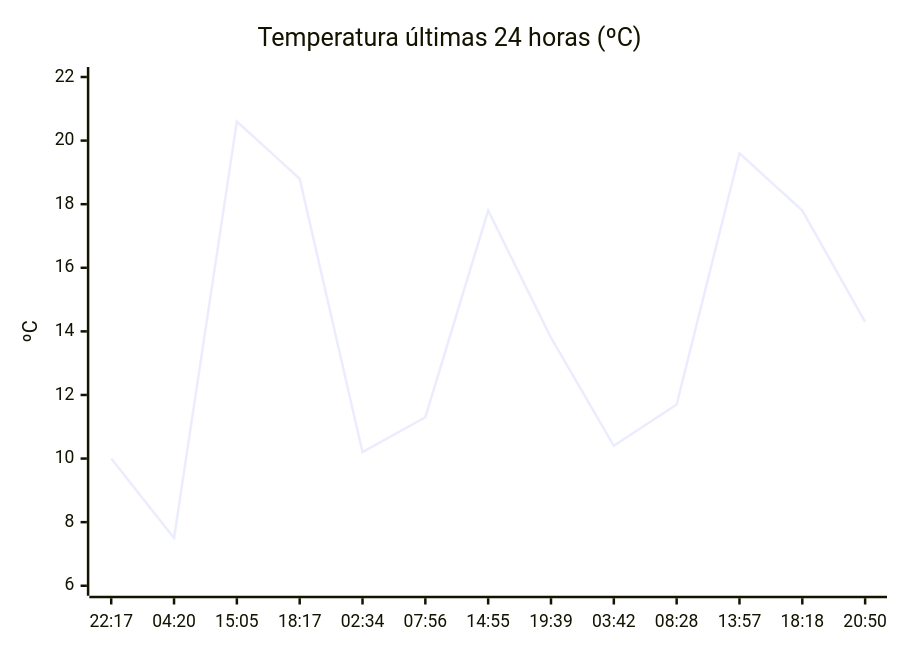
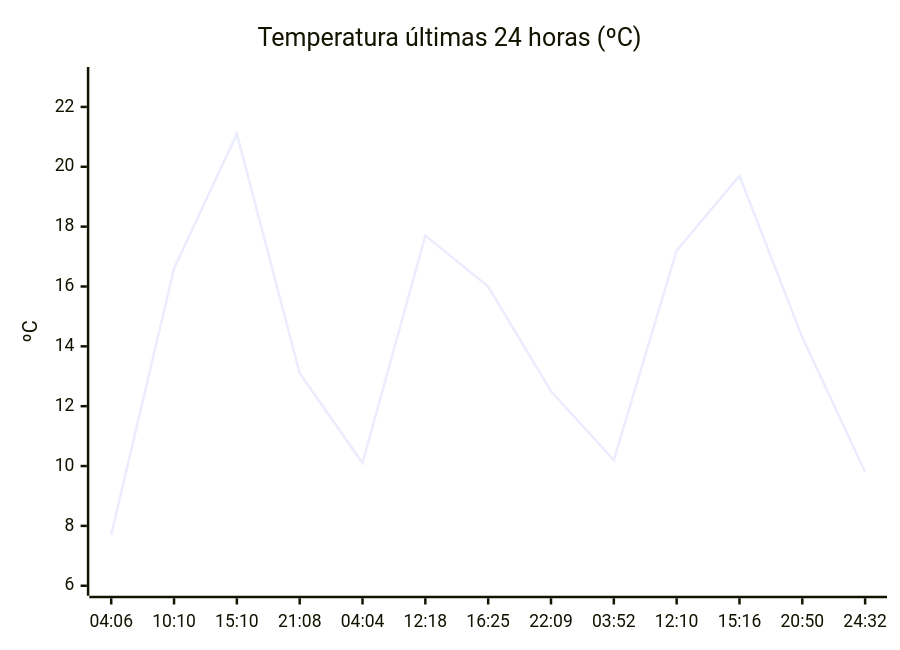
One commit to solidsnk86/rem-scrap changed the diagram in README.md. Above: the diagram before and after it, drawn with Mermaid. The commit also changed other lines of this file, not shown here.

````diff
--- a/README.md
+++ b/README.md
@@ -32,7 +28,7 @@
 ```mermaid
 xychart-beta
     title "Temperatura últimas 24 horas (ºC)"
-    x-axis ["22:17", "04:20", "15:05", "18:17", "02:34", "07:56", "14:55", "19:39", "03:42", "08:28", "13:57", "18:18", "20:50"]
-    y-axis "ºC" 6 --> 22
-    line [10, 7.5, 20.6, 18.8, 10.2, 11.3, 17.8, 13.8, 10.4, 11.7, 19.6, 17.8, 14.3]
+    x-axis ["04:06", "10:10", "15:10", "21:08", "04:04", "12:18", "16:25", "22:09", "03:52", "12:10", "15:16", "20:50", "24:32"]
+    y-axis "ºC" 6 --> 23
+    line [7.7, 16.6, 21.1, 13.1, 10.1, 17.7, 16, 12.5, 10.2, 17.2, 19.7, 14.3, 9.8]
 ```
````
